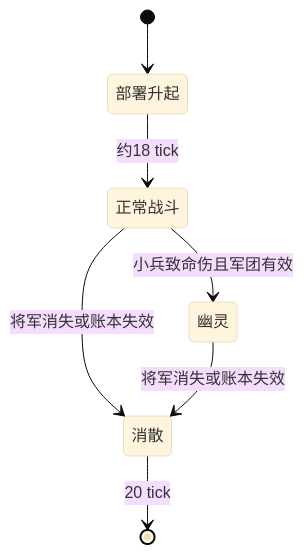
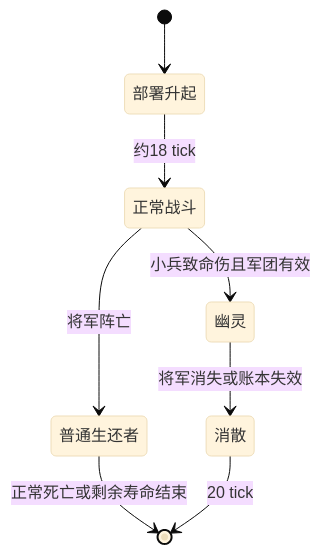
Before and after one commit to bendy17323333-lang/royale-spells-fabric: the diagram in docs/technical/06-summons-and-combat.md, drawn with Mermaid (base theme). The commit also changed other lines of this file and 333 other files, not shown here.

````diff
--- a/docs/technical/06-summons-and-combat.md
+++ b/docs/technical/06-summons-and-combat.md
@@ -66,9 +66,10 @@
 ```mermaid
 stateDiagram-v2
     [*] --> 部署升起
     部署升起 --> 正常战斗: 约18 tick
     正常战斗 --> 幽灵: 小兵致命伤且军团有效
-    正常战斗 --> 消散: 将军消失或账本失效
+    正常战斗 --> 普通生还者: 将军阵亡
+    普通生还者 --> [*]: 正常死亡或剩余寿命结束
     幽灵 --> 消散: 将军消失或账本失效
     消散 --> [*]: 20 tick
 ```
````
